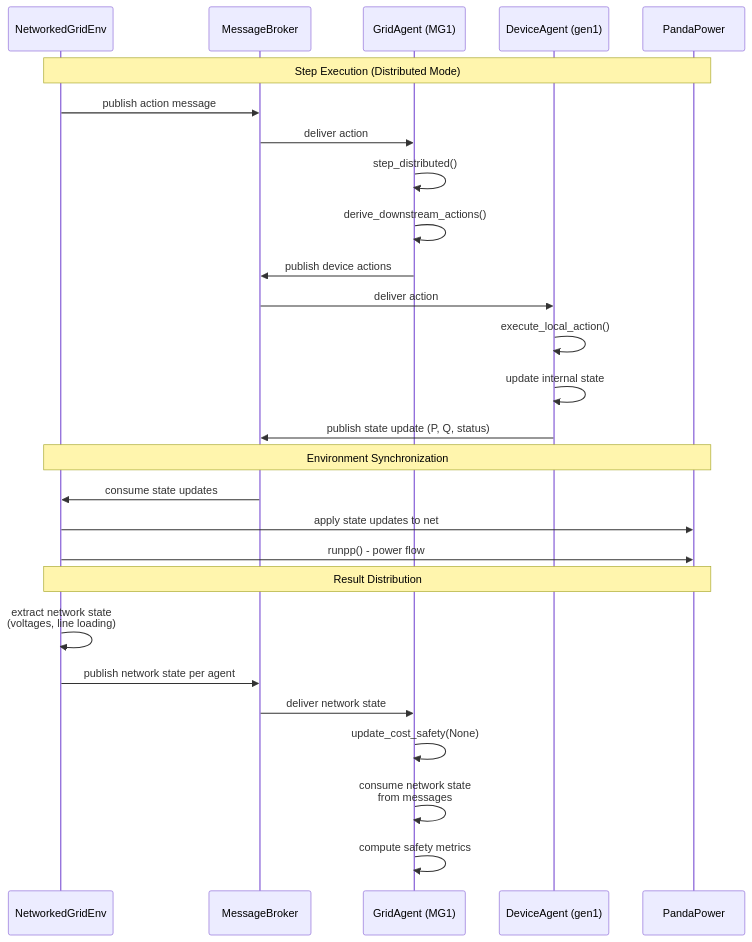
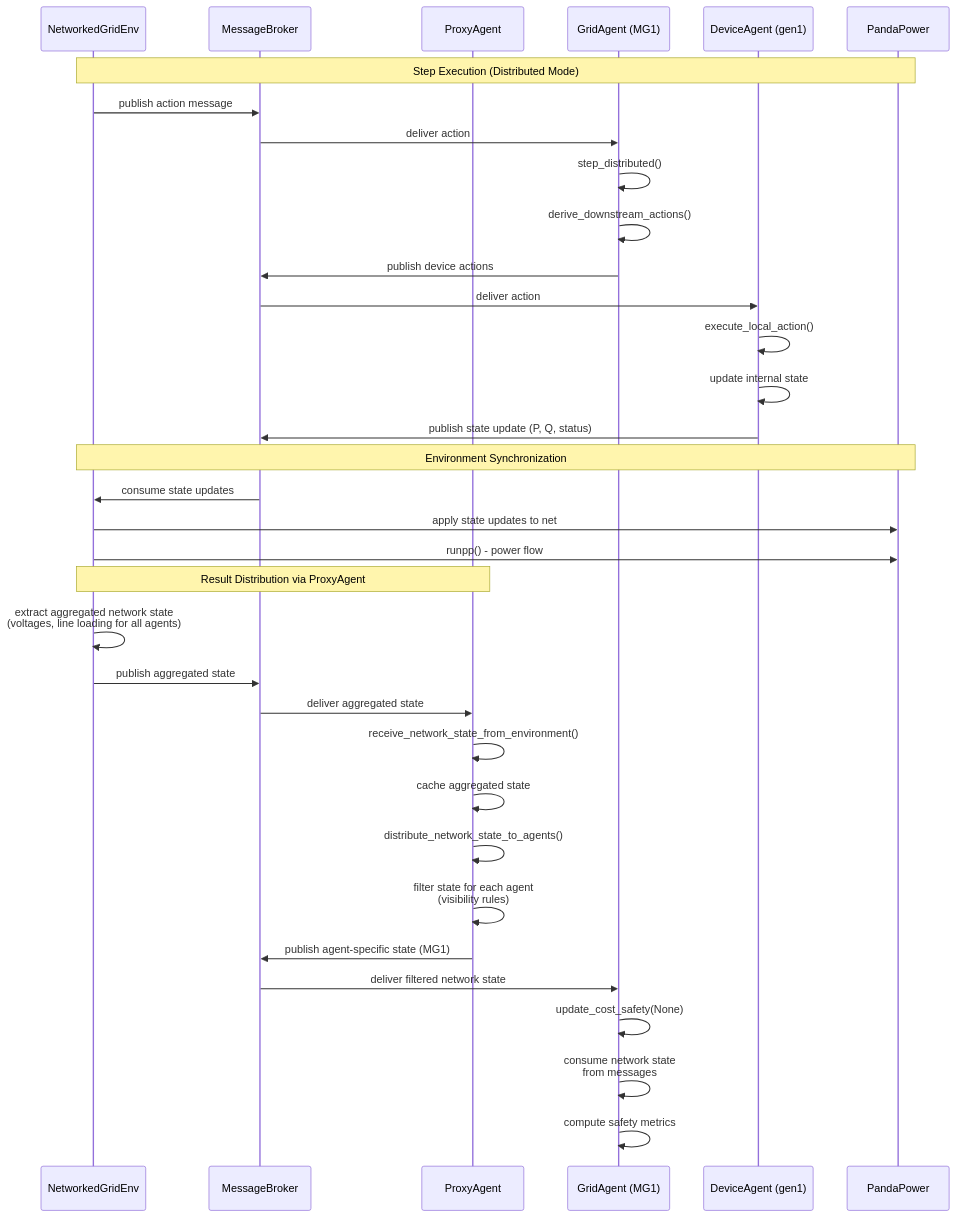
The second of 5 diagrams in docs/design/distributed_architecture.md (Criss-Wang/PowerGym), drawn with Mermaid before and after one commit. The commit also changed other lines of this file and 4 other files, not shown here.

Commit message:
Add docs for proxy agent

````diff
--- a/docs/design/distributed_architecture.md
+++ b/docs/design/distributed_architecture.md
@@ -71,35 +77,42 @@
 ```mermaid
 sequenceDiagram
     participant Env as NetworkedGridEnv
     participant Broker as MessageBroker
+    participant Proxy as ProxyAgent
     participant Agent as GridAgent (MG1)
     participant Device as DeviceAgent (gen1)
     participant Net as PandaPower
 
     Note over Env,Net: Step Execution (Distributed Mode)
 
     Env->>Broker: publish action message
     Broker->>Agent: deliver action
     Agent->>Agent: step_distributed()
     Agent->>Agent: derive_downstream_actions()
     Agent->>Broker: publish device actions
     Broker->>Device: deliver action
     Device->>Device: execute_local_action()
     Device->>Device: update internal state
     Device->>Broker: publish state update (P, Q, status)
 
     Note over Env,Net: Environment Synchronization
 
     Broker->>Env: consume state updates
     Env->>Net: apply state updates to net
     Env->>Net: runpp() - power flow
 
-    Note over Env,Net: Result Distribution
+    Note over Env,Proxy: Result Distribution via ProxyAgent
 
-    Env->>Env: extract network state<br/>(voltages, line loading)
-    Env->>Broker: publish network state per agent
-    Broker->>Agent: deliver network state
+    Env->>Env: extract aggregated network state<br/>(voltages, line loading for all agents)
+    Env->>Broker: publish aggregated state
+    Broker->>Proxy: deliver aggregated state
+    Proxy->>Proxy: receive_network_state_from_environment()
+    Proxy->>Proxy: cache aggregated state
+    Proxy->>Proxy: distribute_network_state_to_agents()
+    Proxy->>Proxy: filter state for each agent<br/>(visibility rules)
+    Proxy->>Broker: publish agent-specific state (MG1)
+    Broker->>Agent: deliver filtered network state
     Agent->>Agent: update_cost_safety(None)
     Agent->>Agent: consume network state<br/>from messages
     Agent->>Agent: compute safety metrics
 ```
````
